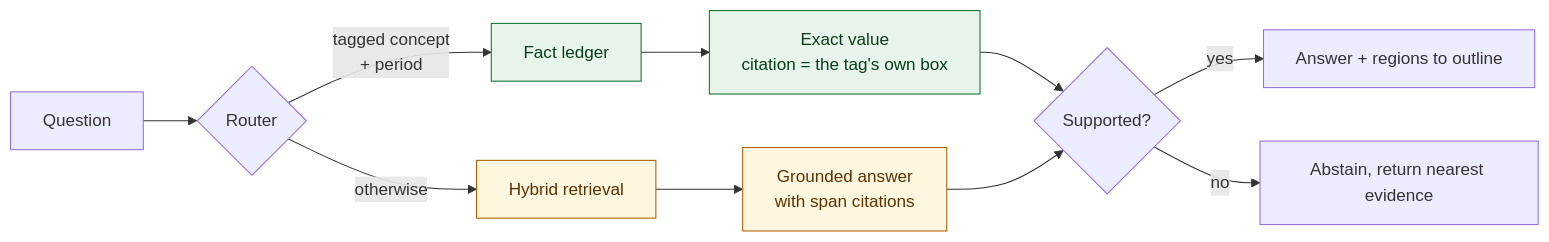
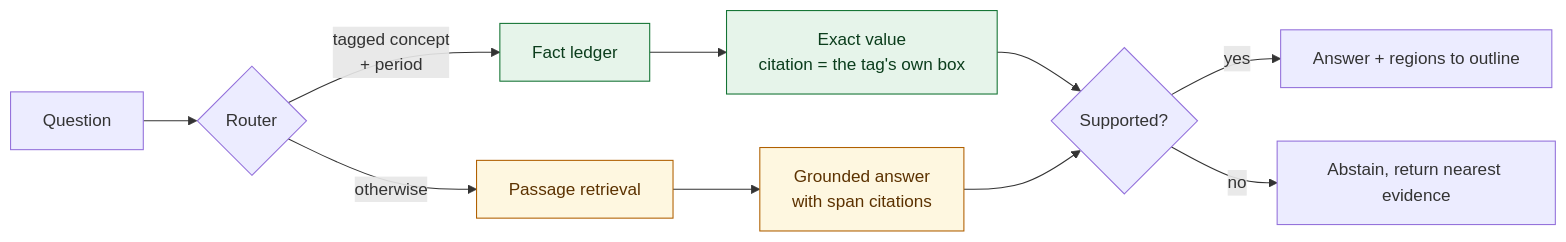
One commit to Vijay190899/disclosure-rag changed the diagram in README.md. Above: the diagram before and after it, drawn with Mermaid. The commit also changed other lines of this file and 7 other files, not shown here.

````diff
--- a/README.md
+++ b/README.md
@@ -72,20 +83,20 @@
 ```mermaid
 flowchart LR
     Q["Question"] --> R{"Router"}
 
     R -->|"tagged concept<br/>+ period"| L["Fact ledger"]
-    R -->|"otherwise"| P["Hybrid retrieval"]
+    R -->|"otherwise"| P["Passage retrieval"]
 
     L --> LA["Exact value<br/>citation = the tag's own box"]
     P --> PA["Grounded answer<br/>with span citations"]
 
     LA --> G{"Supported?"}
     PA --> G
     G -->|yes| OUT["Answer + regions to outline"]
     G -->|no| ABS["Abstain, return nearest evidence"]
 
     classDef exact fill:#e6f4ea,stroke:#137333,color:#0b3d1c
     classDef soft fill:#fef7e0,stroke:#b06000,color:#5c3200
     class L,LA exact
     class P,PA soft
 ```
````
